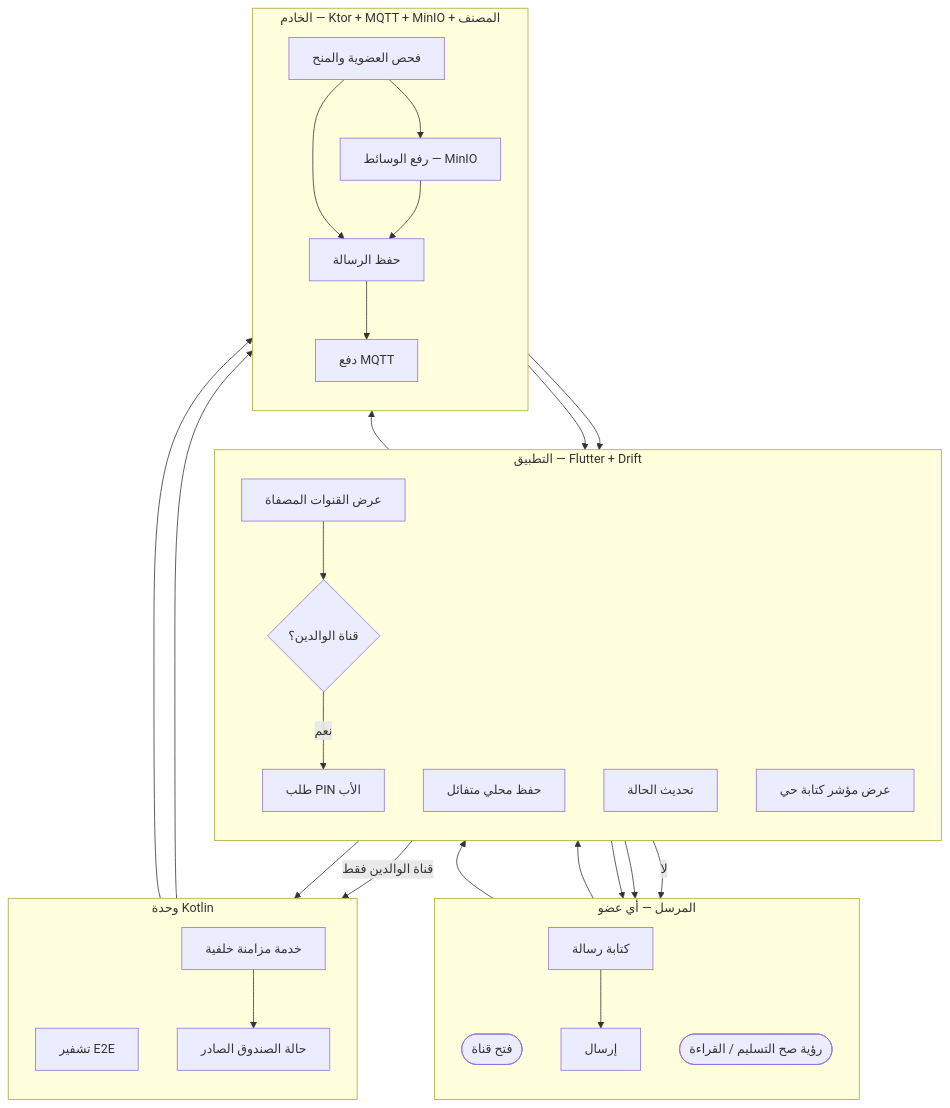
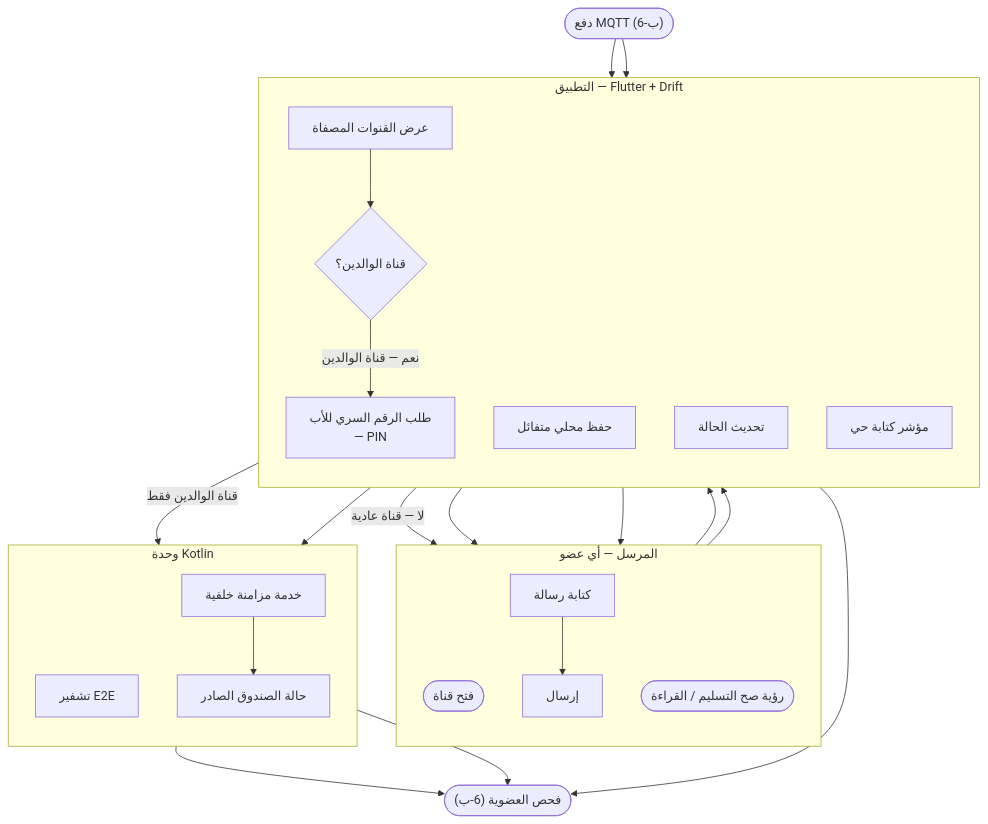
Before and after one commit to Bassam-mohammed-alqaeadi/family-os-v2: diagram 25 of 27 in docs/family-os/governance/phases/phase-1/S1-08-chat-basic/DIAGRAMS.md, drawn with Mermaid. The commit also changed other lines of this file, not shown here.

````diff
--- a/docs/family-os/governance/phases/phase-1/S1-08-chat-basic/DIAGRAMS.md
+++ b/docs/family-os/governance/phases/phase-1/S1-08-chat-basic/DIAGRAMS.md
@@ -671,53 +883,44 @@
 ```mermaid
 flowchart TD
     subgraph Sender [المرسل — أي عضو]
         direction TB
         U1([فتح قناة])
         U2[كتابة رسالة]
         U3[إرسال]
         U4([رؤية صح التسليم / القراءة])
     end
     subgraph App [التطبيق — Flutter + Drift]
         direction TB
         A1[عرض القنوات المصفاة]
         A2{قناة الوالدين؟}
-        A3[طلب PIN الأب]
+        A3[طلب الرقم السري للأب<br/>— PIN]
         A4[حفظ محلي متفائل]
         A5[تحديث الحالة]
-        A6[عرض مؤشر كتابة حي]
+        A6[مؤشر كتابة حي]
     end
     subgraph Kotlin [وحدة Kotlin]
         direction TB
         K1[تشفير E2E]
         K2[خدمة مزامنة خلفية]
         K3[حالة الصندوق الصادر]
     end
-    subgraph Server [الخادم — Ktor + MQTT + MinIO + المصنف]
-        direction TB
-        V1[فحص العضوية والمنح]
-        V2[حفظ الرسالة]
-        V3[رفع الوسائط — MinIO]
-        V4[دفع MQTT]
-    end
+    V1x(["فحص العضوية (6-ب)"])
+    V4x(["دفع MQTT (6-ب)"])
 
     U1 --> A1
     A1 --> A2
-    A2 -->|نعم| A3
-    A2 -->|لا| U2
+    A2 -->|نعم — قناة الوالدين| A3
+    A2 -->|لا — قناة عادية| U2
     A3 --> U2
     U2 --> U3
     U3 --> A4
     A4 -->|قناة الوالدين فقط| K1
-    K1 --> V1
-    V1 --> V2
-    V1 --> V3
-    V3 --> V2
-    V2 --> V4
-    V4 --> A5
+    K1 --> V1x
+    A4 --> V1x
+    A4 --> K2
+    K2 --> V1x
+    K2 --> K3
+    V4x --> A5
     A5 --> U4
-    A4 --> K2
-    A4 --> V1
-    K2 --> V1
-    K2 --> K3
-    V4 --> A6
+    V4x --> A6
 ```
````
